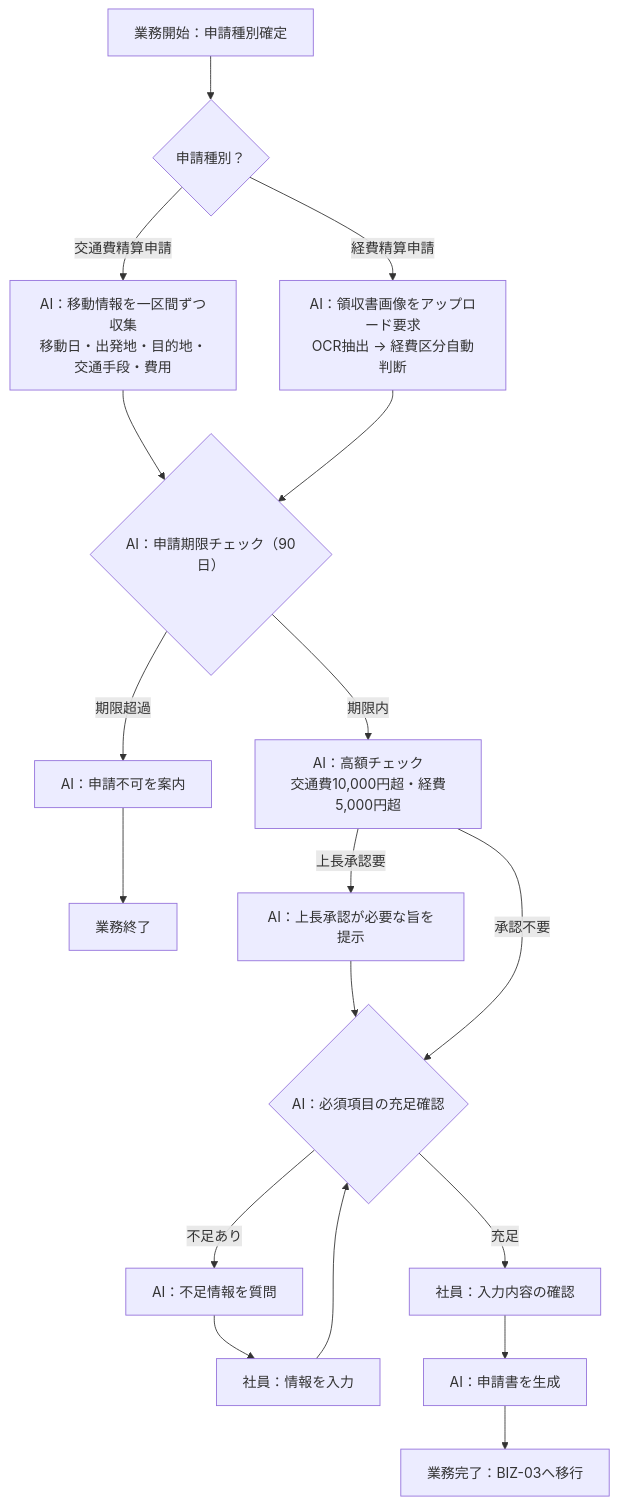
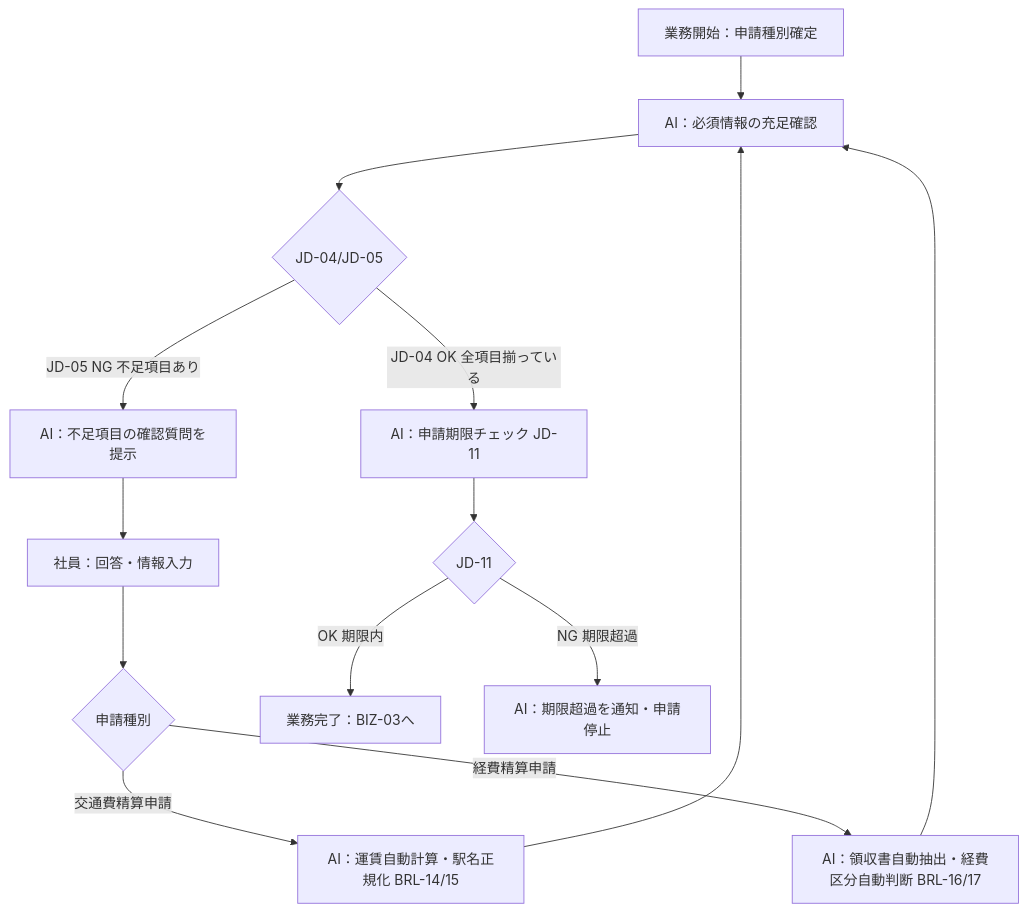
One commit to horii003/AIAgentBookCC changed the second of 4 diagrams in artifacts/01_business-requirements/outputs/業務プロセス定義.md. Above: the diagram before and after it, drawn with Mermaid. The commit also changed other lines of this file and 153 other files, not shown here.

````diff
--- a/artifacts/01_business-requirements/outputs/業務プロセス定義.md
+++ b/artifacts/01_business-requirements/outputs/業務プロセス定義.md
@@ -266,20 +200,16 @@
 ```mermaid
 flowchart TD
-    A[業務開始：申請種別確定] --> B{申請種別？}
-    B -->|交通費精算申請| B1[AI：移動情報を一区間ずつ収集\n移動日・出発地・目的地・交通手段・費用]
-    B -->|経費精算申請| B2[AI：領収書画像をアップロード要求\nOCR抽出 → 経費区分自動判断]
-    B1 --> C{AI：申請期限チェック（90日）}
-    B2 --> C
-    C -->|期限超過| C1[AI：申請不可を案内]
-    C1 --> Z[業務終了]
-    C -->|期限内| D[AI：高額チェック\n交通費10,000円超・経費5,000円超]
-    D -->|上長承認要| D1[AI：上長承認が必要な旨を提示]
-    D1 --> E
-    D -->|承認不要| E{AI：必須項目の充足確認}
-    E -->|不足あり| F[AI：不足情報を質問]
-    F --> G[社員：情報を入力]
-    G --> E
-    E -->|充足| H[社員：入力内容の確認]
-    H --> I[AI：申請書を生成]
-    I --> J[業務完了：BIZ-03へ移行]
+    A[業務開始：申請種別確定] --> B[AI：必須情報の充足確認]
+    B --> C{JD-04/JD-05}
+    C -->|JD-04 OK 全項目揃っている| D[AI：申請期限チェック JD-11]
+    C -->|JD-05 NG 不足項目あり| E[AI：不足項目の確認質問を提示]
+    E --> F[社員：回答・情報入力]
+    F --> G{申請種別}
+    G -->|交通費精算申請| H[AI：運賃自動計算・駅名正規化 BRL-14/15]
+    G -->|経費精算申請| I[AI：領収書自動抽出・経費区分自動判断 BRL-16/17]
+    H --> B
+    I --> B
+    D --> J{JD-11}
+    J -->|OK 期限内| K[業務完了：BIZ-03へ]
+    J -->|NG 期限超過| L[AI：期限超過を通知・申請停止]
 ```
````
